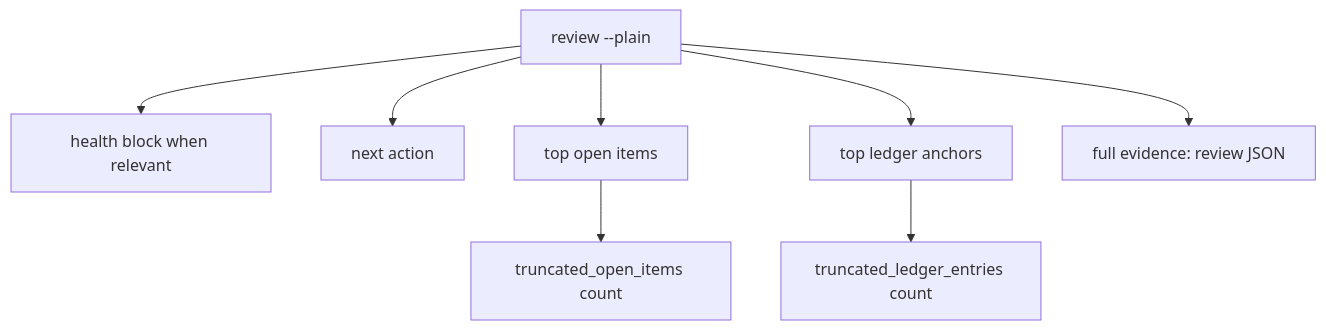
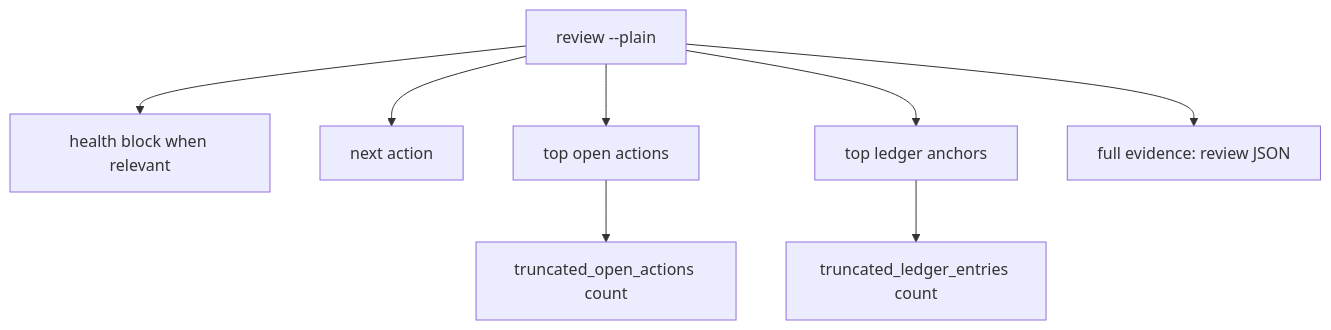
Before and after one commit to nathanvale/claude-code-config: the second of 2 diagrams in skills/skill-feedback/docs/plans/2026-06-30-001-refactor-skill-feedback-decision-surface-review-plain-plan.md, drawn with Mermaid. The commit also changed other lines of this file and 37 other files, not shown here.

````diff
--- a/skills/skill-feedback/docs/plans/2026-06-30-001-refactor-skill-feedback-decision-surface-review-plain-plan.md
+++ b/skills/skill-feedback/docs/plans/2026-06-30-001-refactor-skill-feedback-decision-surface-review-plain-plan.md
@@ -129,10 +134,10 @@
 ```mermaid
 flowchart TB
   ReviewPlain["review --plain"] --> Health["health block when relevant"]
   ReviewPlain --> Next["next action"]
-  ReviewPlain --> Open["top open items"]
+  ReviewPlain --> Open["top open actions"]
   ReviewPlain --> Ledger["top ledger anchors"]
-  Open --> OpenTrunc["truncated_open_items count"]
+  Open --> OpenTrunc["truncated_open_actions count"]
   Ledger --> LedgerTrunc["truncated_ledger_entries count"]
   ReviewPlain --> Full["full evidence: review JSON"]
 ```
````
